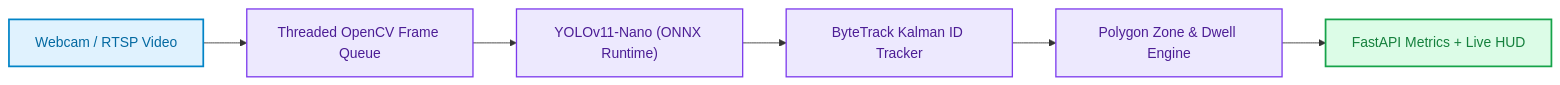
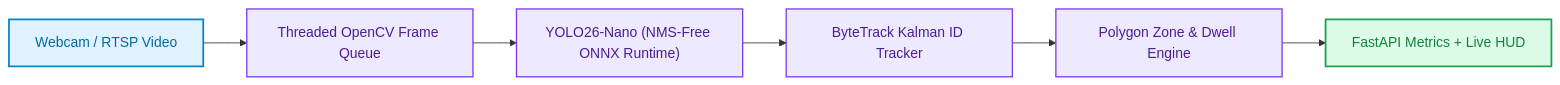
Before and after one commit to FirdowsRahaman/agentic-ai-and-ml-roadmap: the second of 5 diagrams in projects/README.md, drawn with Mermaid. The commit also changed other lines of this file and 9 other files, not shown here.

````diff
--- a/projects/README.md
+++ b/projects/README.md
@@ -69,16 +69,16 @@
 ```mermaid
 flowchart LR
     CAM["Webcam / RTSP Video"] --> CAP["Threaded OpenCV Frame Queue"]
-    CAP --> YOLO["YOLOv11-Nano (ONNX Runtime)"]
+    CAP --> YOLO["YOLO26-Nano (NMS-Free ONNX Runtime)"]
     YOLO --> TRACK["ByteTrack Kalman ID Tracker"]
     TRACK --> ZONE["Polygon Zone & Dwell Engine"]
     ZONE --> DASH["FastAPI Metrics + Live HUD"]
 
     classDef inp fill:#E0F2FE,stroke:#0284C7,stroke-width:2px,color:#0369A1;
     classDef cv fill:#EDE9FE,stroke:#7C3AED,stroke-width:1.5px,color:#4C1D95;
     classDef out fill:#DCFCE7,stroke:#16A34A,stroke-width:2px,color:#15803D;
 
     class CAM inp;
     class CAP,YOLO,TRACK,ZONE cv;
     class DASH out;
 ```
````
